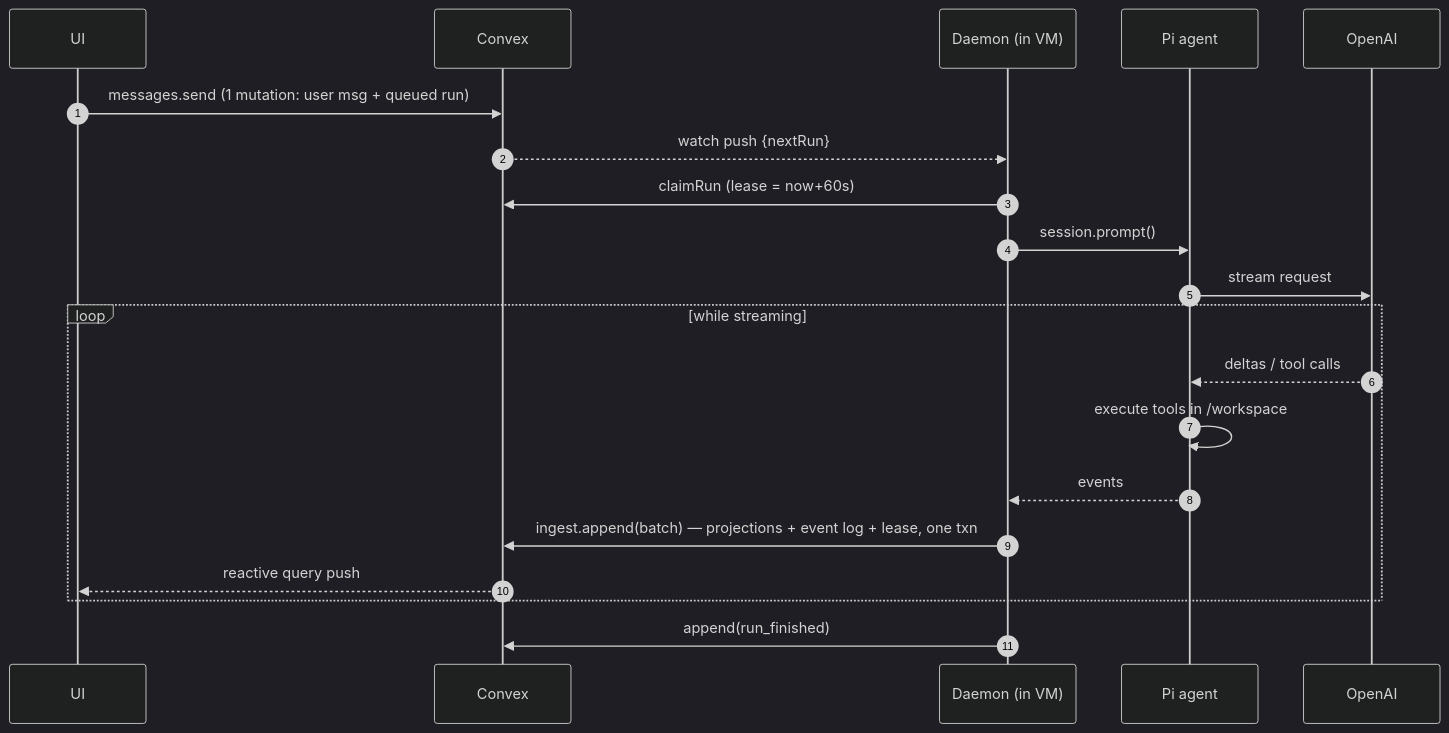
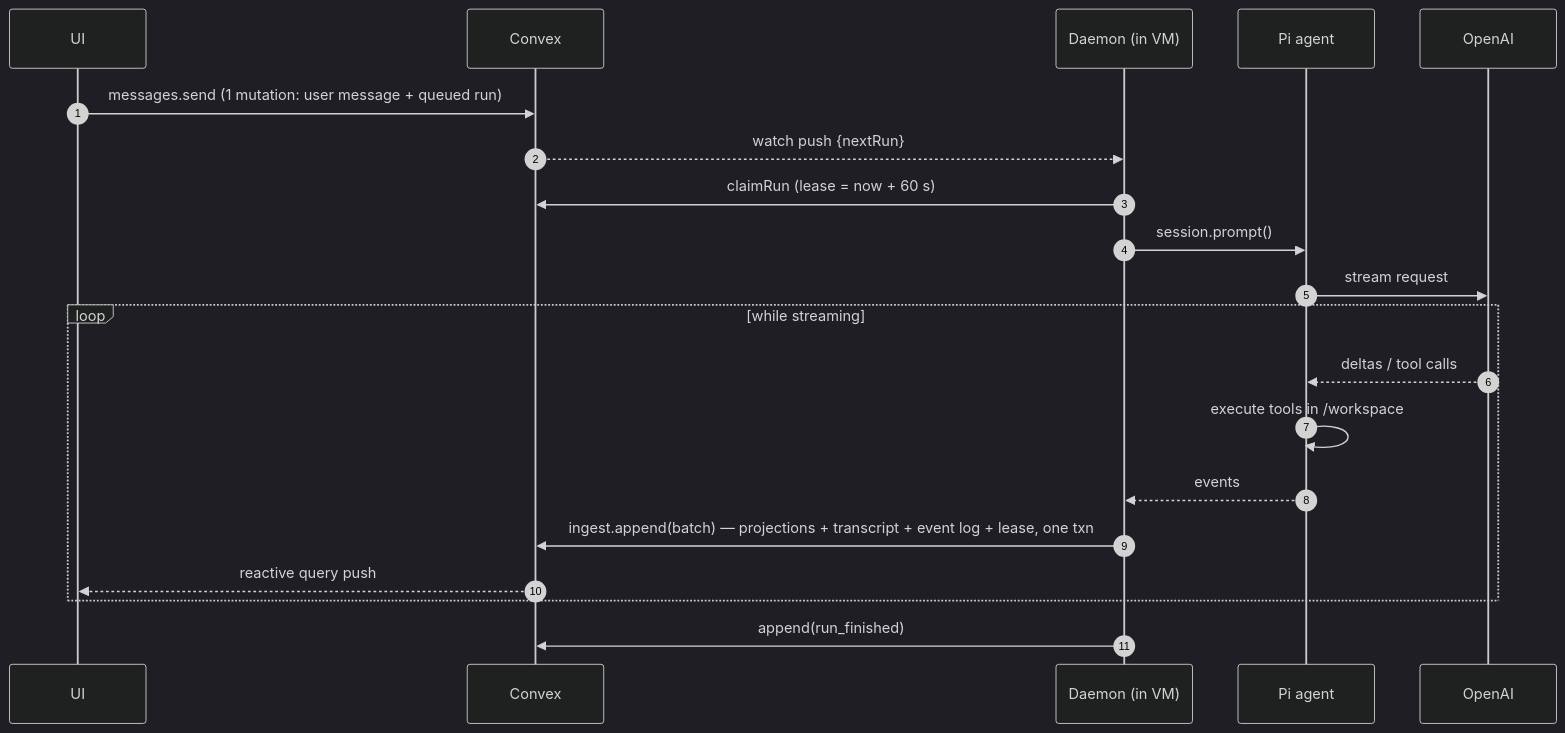
Before and after one commit to Raiyan-Noor/PiAgentChatbot: the second of 5 diagrams in README.md, drawn with Mermaid (dark theme). The commit also changed other lines of this file and 1 other file, not shown here.

````diff
--- a/README.md
+++ b/README.md
@@ -51,22 +128,22 @@
 ```mermaid
 sequenceDiagram
   autonumber
   participant U as UI
   participant C as Convex
   participant D as Daemon (in VM)
   participant P as Pi agent
   participant O as OpenAI
-  U->>C: messages.send (1 mutation: user msg + queued run)
+  U->>C: messages.send (1 mutation: user message + queued run)
   C-->>D: watch push {nextRun}
-  D->>C: claimRun (lease = now+60s)
+  D->>C: claimRun (lease = now + 60 s)
   D->>P: session.prompt()
   P->>O: stream request
   loop while streaming
     O-->>P: deltas / tool calls
     P->>P: execute tools in /workspace
     P-->>D: events
-    D->>C: ingest.append(batch) — projections + event log + lease, one txn
+    D->>C: ingest.append(batch) — projections + transcript + event log + lease, one txn
     C-->>U: reactive query push
   end
   D->>C: append(run_finished)
 ```
````
